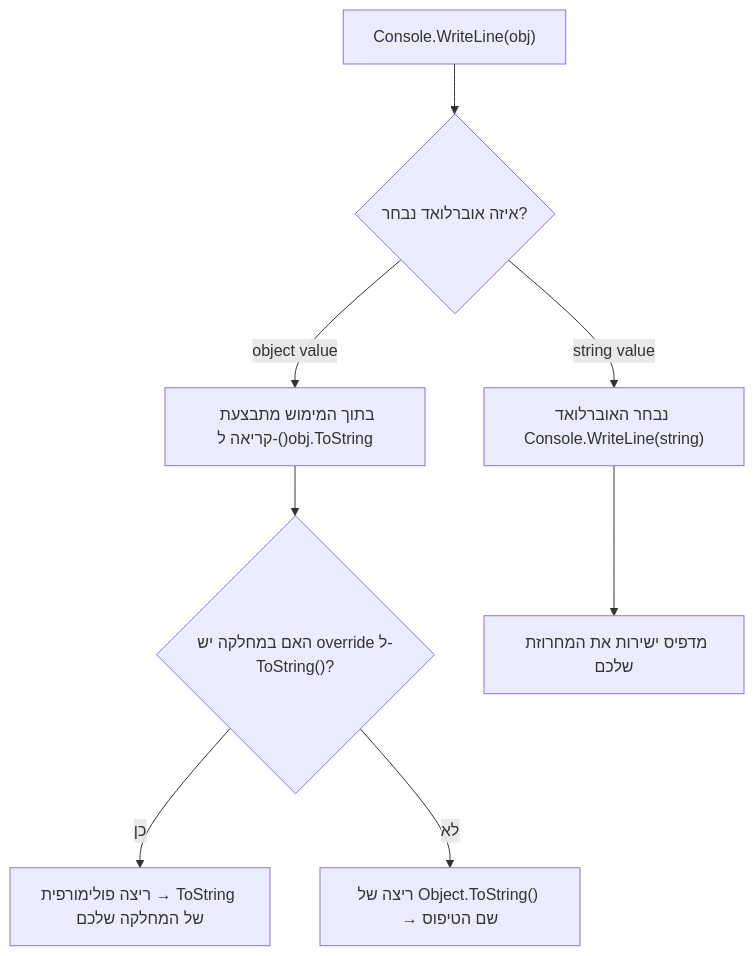
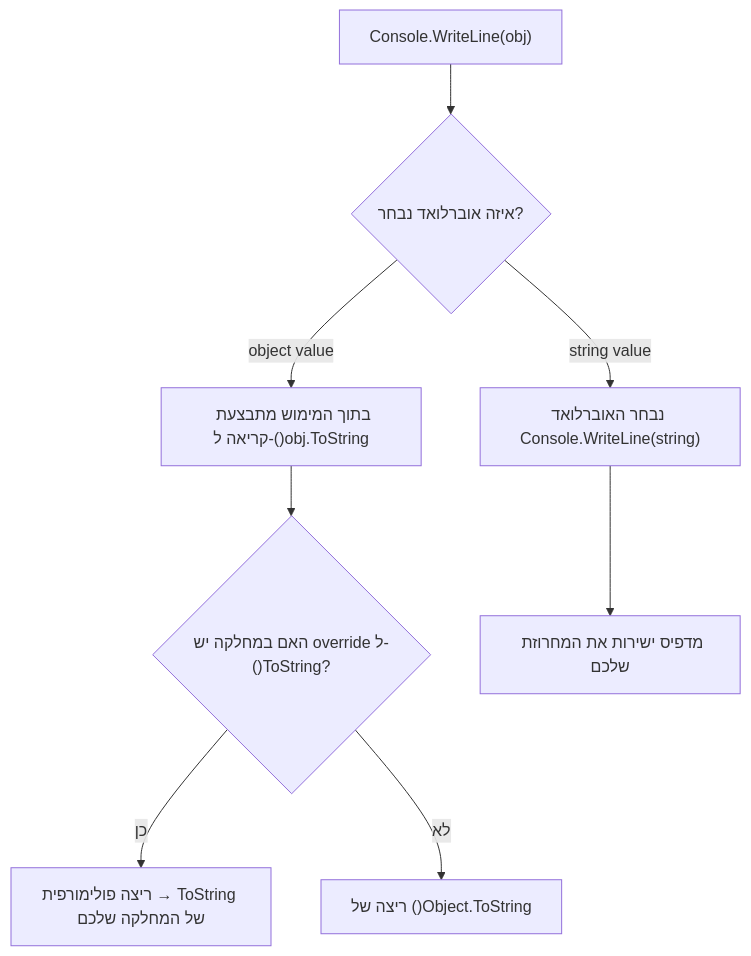
One commit to 3strategy/BeautifulMivney changed the diagram in oop/02Polymorphism4CwToString.md. Above: the diagram before and after it, drawn with Mermaid. The commit also changed other lines of this file and 2 other files, not shown here.

```diff
--- a/oop/02Polymorphism4CwToString.md
+++ b/oop/02Polymorphism4CwToString.md
@@ -69,14 +69,14 @@
 <div class="mermaid">
 graph TD
 A["Console.WriteLine(obj)"] --> B{איזה אוברלואד נבחר?}
 B -->|object value| C["בתוך המימוש מתבצעת קריאה ל-()obj.ToString"]
 
 
-C --> D{"האם במחלקה יש override ל-ToString()?"}
+C --> D{"האם במחלקה יש override ל-()ToString?"}
 D -->|כן| E[ריצה פולימורפית → ToString של המחלקה שלכם]
-D -->|לא| F["ריצה של Object.ToString() → שם הטיפוס"]
+D -->|לא| F["ריצה של ()Object.ToString "]
 
 
 B -->|string value| G["נבחר האוברלואד Console.WriteLine(string)"]
 G --> H[מדפיס ישירות את המחרוזת שלכם]
 </div>
```
